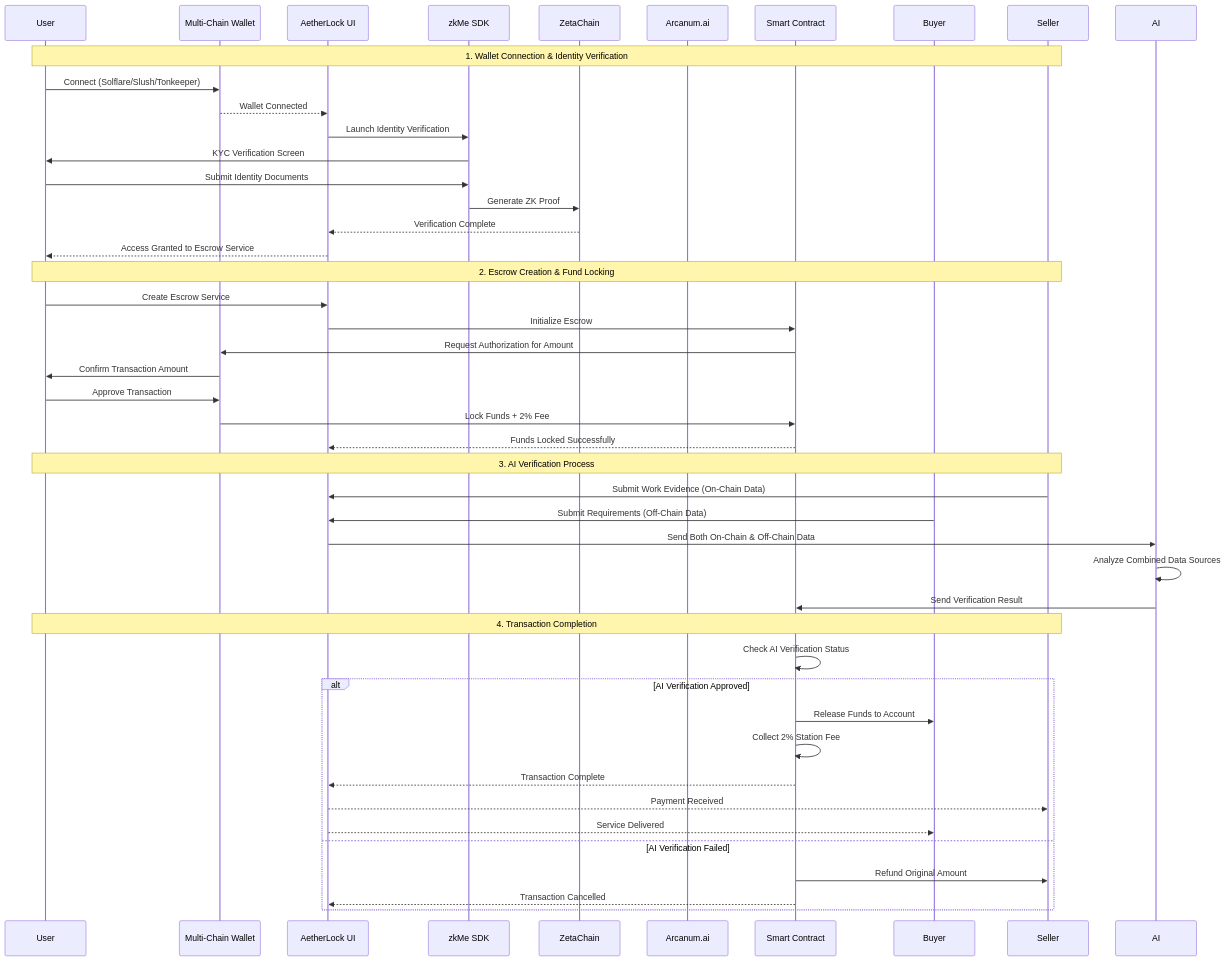
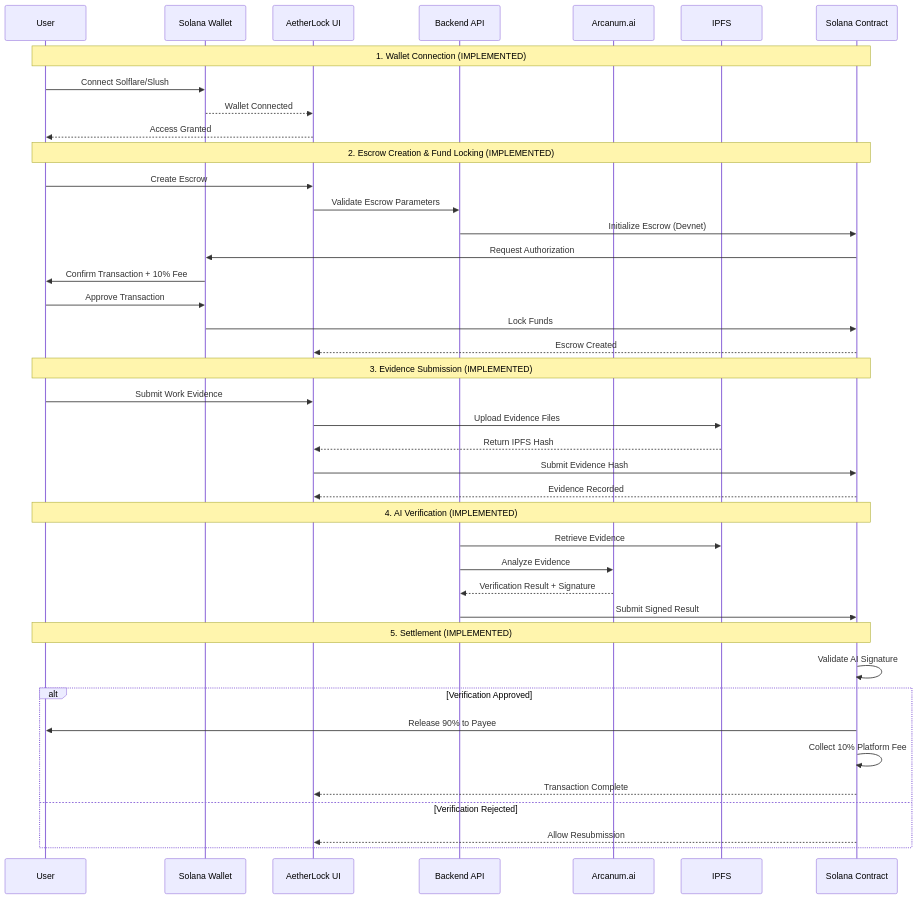
Before and after one commit to De-real-iManuel/aetherlock-docs: the first of 4 diagrams in design/architecture.mdx, drawn with Mermaid. The commit also changed other lines of this file and 144 other files, not shown here.

````diff
--- a/design/architecture.mdx
+++ b/design/architecture.mdx
@@ -9,51 +20,48 @@
 ```mermaid
 sequenceDiagram
     participant User
-    participant Wallet as Multi-Chain Wallet
+    participant Wallet as Solana Wallet
     participant UI as AetherLock UI
-    participant zkMe as zkMe SDK
-    participant ZetaChain
-    participant Arcanum.ai
-    participant Contract as Smart Contract
-    participant Buyer
-    participant Seller
+    participant Backend as Backend API
+    participant Arcanum as Arcanum.ai
+    participant IPFS
+    participant Contract as Solana Contract
 
-    Note over User,Seller: 1. Wallet Connection & Identity Verification
-    User->>Wallet: Connect (Solflare/Slush/Tonkeeper)
+    Note over User,Contract: 1. Wallet Connection (IMPLEMENTED)
+    User->>Wallet: Connect Solflare/Slush
     Wallet-->>UI: Wallet Connected
-    UI->>zkMe: Launch Identity Verification
-    zkMe->>User: KYC Verification Screen
-    User->>zkMe: Submit Identity Documents
-    zkMe->>ZetaChain: Generate ZK Proof
-    ZetaChain-->>UI: Verification Complete
-    UI-->>User: Access Granted to Escrow Service
+    UI-->>User: Access Granted
 
-    Note over User,Seller: 2. Escrow Creation & Fund Locking
-    User->>UI: Create Escrow Service
-    UI->>Contract: Initialize Escrow
-    Contract->>Wallet: Request Authorization for Amount
-    Wallet->>User: Confirm Transaction Amount
+    Note over User,Contract: 2. Escrow Creation & Fund Locking (IMPLEMENTED)
+    User->>UI: Create Escrow
+    UI->>Backend: Validate Escrow Parameters
+    Backend->>Contract: Initialize Escrow (Devnet)
+    Contract->>Wallet: Request Authorization
+    Wallet->>User: Confirm Transaction + 10% Fee
     User->>Wallet: Approve Transaction
-    Wallet->>Contract: Lock Funds + 2% Fee
-    Contract-->>UI: Funds Locked Successfully
+    Wallet->>Contract: Lock Funds
+    Contract-->>UI: Escrow Created
 
-    Note over User,Seller: 3. AI Verification Process
-    Seller->>UI: Submit Work Evidence (On-Chain Data)
-    Buyer->>UI: Submit Requirements (Off-Chain Data)
-    UI->>AI: Send Both On-Chain & Off-Chain Data
-    AI->>AI: Analyze Combined Data Sources
-    AI->>Contract: Send Verification Result
+    Note over User,Contract: 3. Evidence Submission (IMPLEMENTED)
+    User->>UI: Submit Work Evidence
+    UI->>IPFS: Upload Evidence Files
+    IPFS-->>UI: Return IPFS Hash
+    UI->>Contract: Submit Evidence Hash
+    Contract-->>UI: Evidence Recorded
+
+    Note over User,Contract: 4. AI Verification (IMPLEMENTED)
+    Backend->>IPFS: Retrieve Evidence
+    Backend->>Arcanum: Analyze Evidence
+    Arcanum-->>Backend: Verification Result + Signature
+    Backend->>Contract: Submit Signed Result
     
-    Note over User,Seller: 4. Transaction Completion
-    Contract->>Contract: Check AI Verification Status
-    alt AI Verification Approved
-        Contract->>Buyer: Release Funds to Account
-        Contract->>Contract: Collect 2% Station Fee
+    Note over User,Contract: 5. Settlement (IMPLEMENTED)
+    Contract->>Contract: Validate AI Signature
+    alt Verification Approved
+        Contract->>User: Release 90% to Payee
+        Contract->>Contract: Collect 10% Platform Fee
         Contract-->>UI: Transaction Complete
-        UI-->>Seller: Payment Received
-        UI-->>Buyer: Service Delivered
-    else AI Verification Failed
-        Contract->>Seller: Refund Original Amount
-        Contract-->>UI: Transaction Cancelled
+    else Verification Rejected
+        Contract-->>UI: Allow Resubmission
     end
 ```
````
